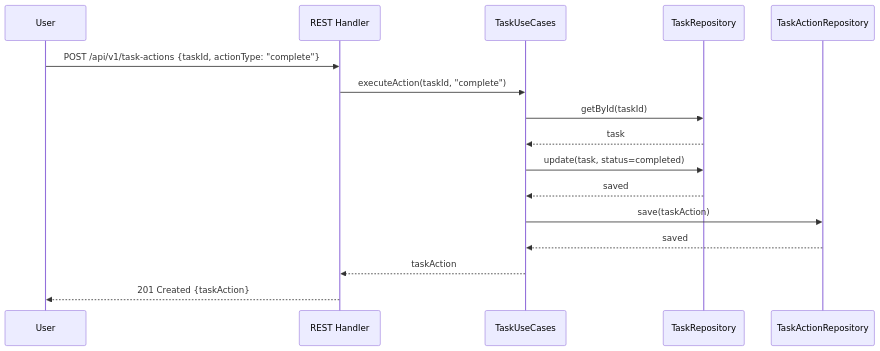
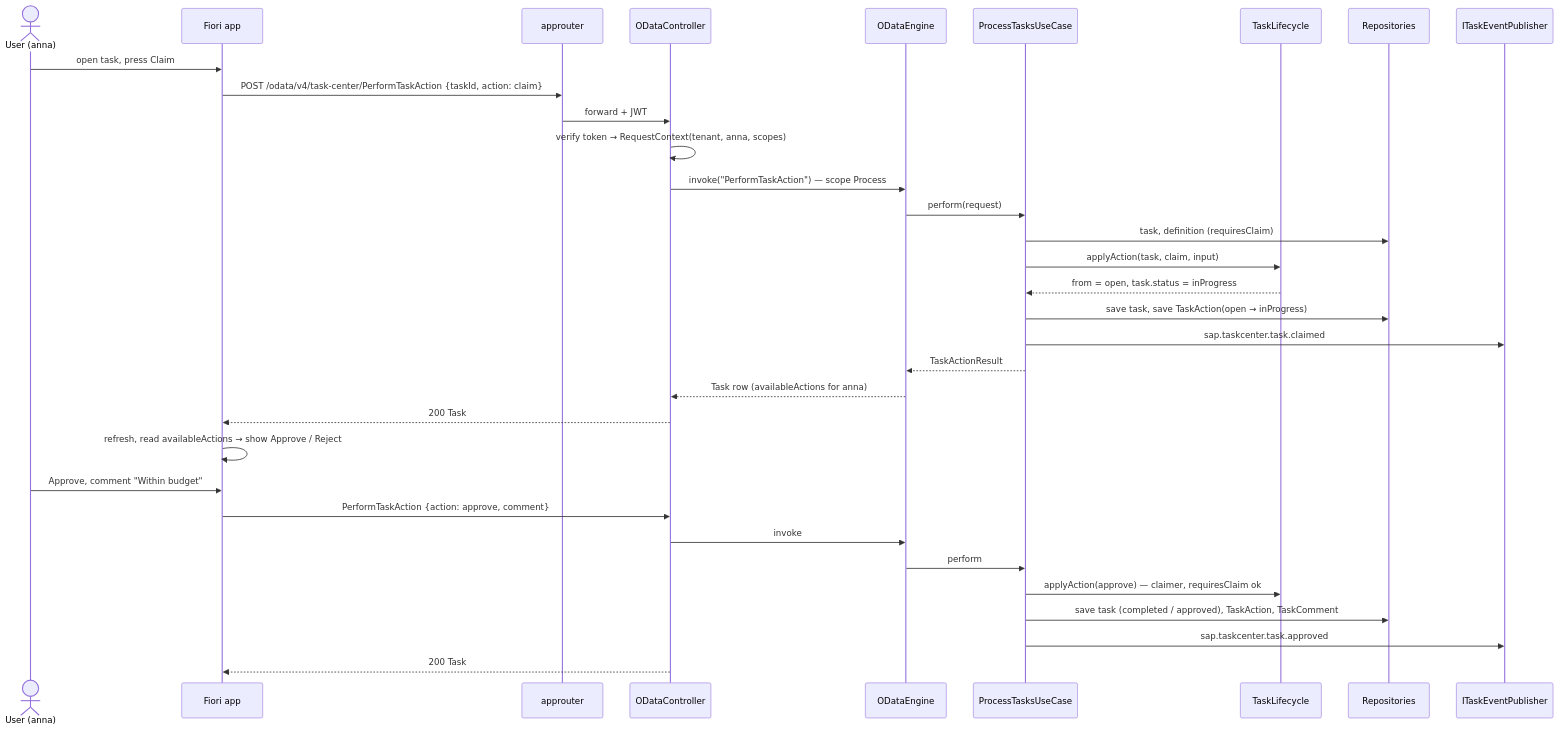
The eighth of 10 diagrams in task-center/UML.md (UIMSolutions/uim-platform), drawn with Mermaid before and after one commit. The commit also changed other lines of this file and 57 other files, not shown here.

First line of the commit message:
feat: Update Kubernetes configuration for Task Center and Translation Hub

````diff
--- a/task-center/UML.md
+++ b/task-center/UML.md
@@ -117,19 +399,36 @@
 ```mermaid
 sequenceDiagram
-    participant U as User
-    participant R as REST Handler
-    participant UC as TaskUseCases
-    participant TR as TaskRepository
-    participant ACT as TaskActionRepository
+  actor U as User (anna)
+  participant F as Fiori app
+  participant AR as approuter
+  participant OC as ODataController
+  participant E as ODataEngine
+  participant P as ProcessTasksUseCase
+  participant L as TaskLifecycle
+  participant R as Repositories
+  participant EV as ITaskEventPublisher
 
-    U->>R: POST /api/v1/task-actions {taskId, actionType: "complete"}
-    R->>UC: executeAction(taskId, "complete")
-    UC->>TR: getById(taskId)
-    TR-->>UC: task
-    UC->>TR: update(task, status=completed)
-    TR-->>UC: saved
-    UC->>ACT: save(taskAction)
-    ACT-->>UC: saved
-    UC-->>R: taskAction
-    R-->>U: 201 Created {taskAction}
+  U->>F: open task, press Claim
+  F->>AR: POST /odata/v4/task-center/PerformTaskAction {taskId, action: claim}
+  AR->>OC: forward + JWT
+  OC->>OC: verify token → RequestContext(tenant, anna, scopes)
+  OC->>E: invoke("PerformTaskAction") — scope Process
+  E->>P: perform(request)
+  P->>R: task, definition (requiresClaim)
+  P->>L: applyAction(task, claim, input)
+  L-->>P: from = open, task.status = inProgress
+  P->>R: save task, save TaskAction(open → inProgress)
+  P->>EV: sap.taskcenter.task.claimed
+  P-->>E: TaskActionResult
+  E-->>OC: Task row (availableActions for anna)
+  OC-->>F: 200 Task
+  F->>F: refresh, read availableActions → show Approve / Reject
+  U->>F: Approve, comment "Within budget"
+  F->>OC: PerformTaskAction {action: approve, comment}
+  OC->>E: invoke
+  E->>P: perform
+  P->>L: applyAction(approve) — claimer, requiresClaim ok
+  P->>R: save task (completed / approved), TaskAction, TaskComment
+  P->>EV: sap.taskcenter.task.approved
+  OC-->>F: 200 Task
 ```
````
